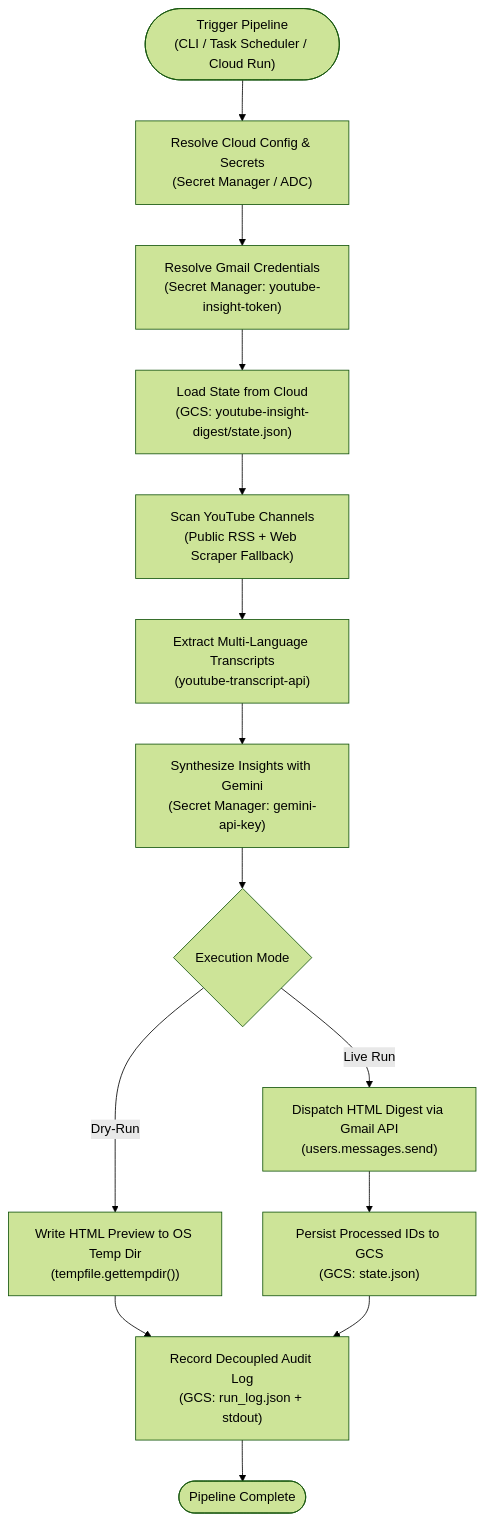
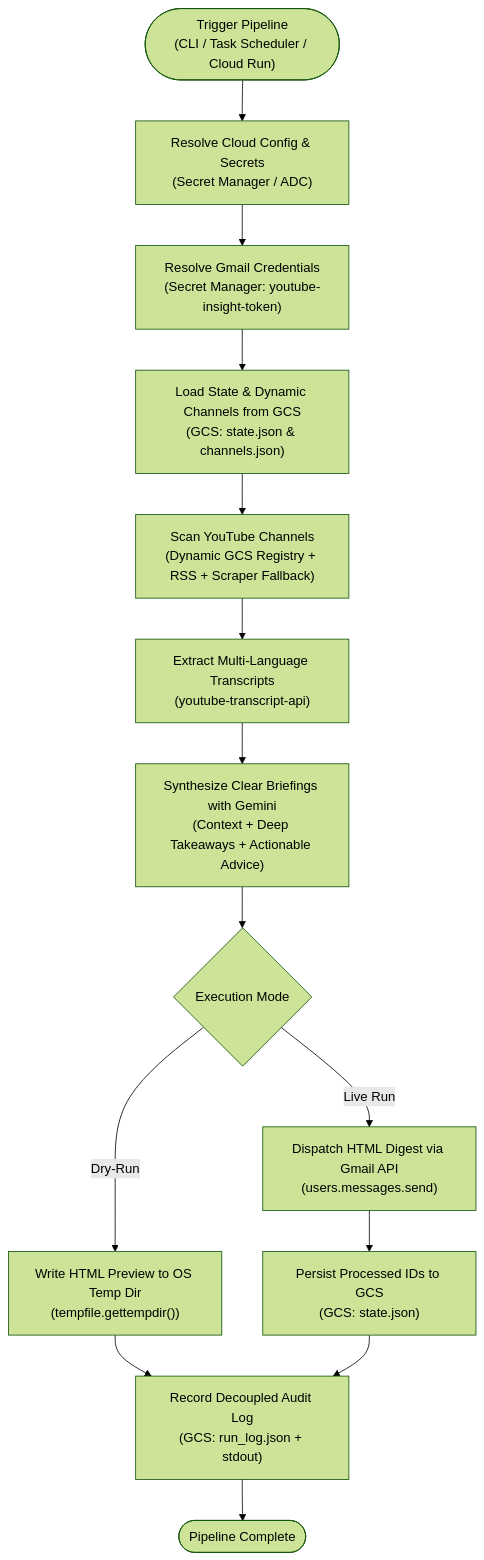
The diagram in README.md (henryhyunwookim/youtube-insight-digest), drawn with Mermaid (forest theme) before and after one commit. The commit also changed other lines of this file and 8 other files, not shown here.

Commit message:
feat: add Y Combinator, dynamic GCS channel sync, and clear self-contained digests

````diff
--- a/README.md
+++ b/README.md
@@ -81,20 +86,20 @@
 ```mermaid
 flowchart TD
     START(["Trigger Pipeline<br/>(CLI / Task Scheduler / Cloud Run)"]) --> CONFIG["Resolve Cloud Config & Secrets<br/>(Secret Manager / ADC)"]
     CONFIG --> GMAIL_AUTH["Resolve Gmail Credentials<br/>(Secret Manager: youtube-insight-token)"]
 
-    GMAIL_AUTH --> STATE_FETCH["Load State from Cloud<br/>(GCS: youtube-insight-digest/state.json)"]
-    STATE_FETCH --> SCAN_CHANNELS["Scan YouTube Channels<br/>(Public RSS + Web Scraper Fallback)"]
+    GMAIL_AUTH --> CLOUD_SYNC["Load State & Dynamic Channels from GCS<br/>(GCS: state.json & channels.json)"]
+    CLOUD_SYNC --> SCAN_CHANNELS["Scan YouTube Channels<br/>(Dynamic GCS Registry + RSS + Scraper Fallback)"]
 
     SCAN_CHANNELS --> EXTRACT_TRANSCRIPT["Extract Multi-Language Transcripts<br/>(youtube-transcript-api)"]
-    EXTRACT_TRANSCRIPT --> GEMINI_SYNTH["Synthesize Insights with Gemini<br/>(Secret Manager: gemini-api-key)"]
+    EXTRACT_TRANSCRIPT --> GEMINI_SYNTH["Synthesize Clear Briefings with Gemini<br/>(Context + Deep Takeaways + Actionable Advice)"]
 
     GEMINI_SYNTH --> DISPATCH_DECISION{"Execution Mode"}
     DISPATCH_DECISION -- "Dry-Run" --> PREVIEW_OUT["Write HTML Preview to OS Temp Dir<br/>(tempfile.gettempdir())"]
     DISPATCH_DECISION -- "Live Run" --> GMAIL_SEND["Dispatch HTML Digest via Gmail API<br/>(users.messages.send)"]
 
     GMAIL_SEND --> SAVE_STATE["Persist Processed IDs to GCS<br/>(GCS: state.json)"]
     PREVIEW_OUT --> AUDIT_LOG["Record Decoupled Audit Log<br/>(GCS: run_log.json + stdout)"]
     SAVE_STATE --> AUDIT_LOG
     AUDIT_LOG --> FINISH(["Pipeline Complete"])
 ```
````
